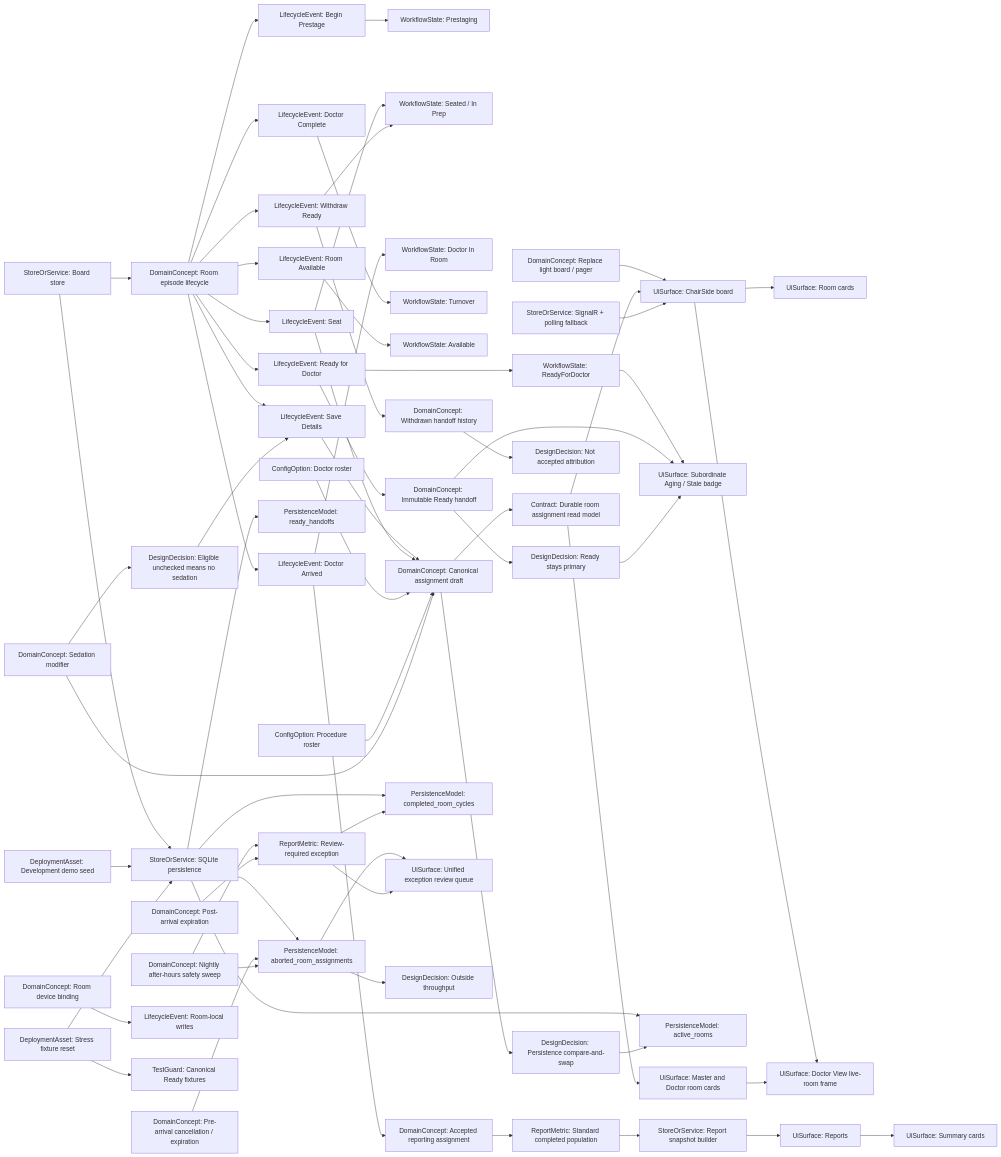
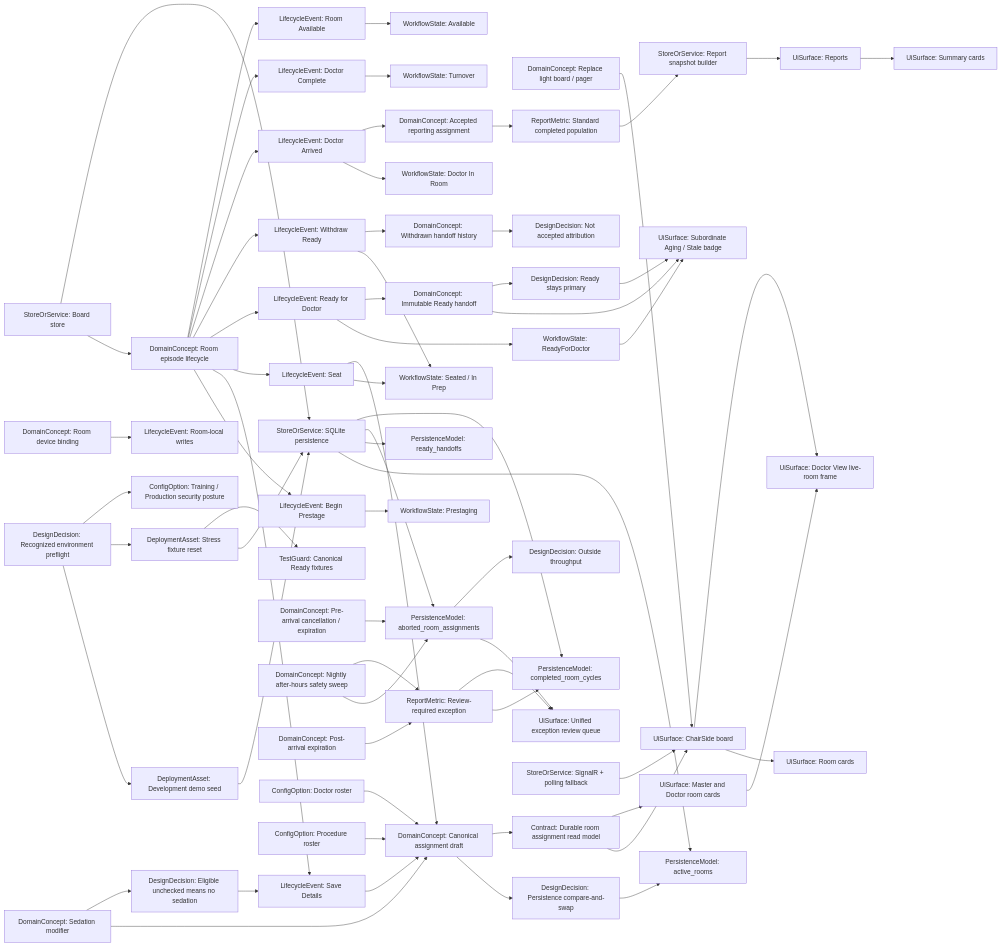
Before and after one commit to binary0rb/ChairSide: the diagram in docs/knowledge-graph/chairside.graph.md, drawn with Mermaid. The commit also changed other lines of this file and 16 other files, not shown here.

Commit message:
Fail closed on unknown environments and Production maintenance (#145)

````diff
--- a/docs/knowledge-graph/chairside.graph.md
+++ b/docs/knowledge-graph/chairside.graph.md
@@ -7,73 +7,76 @@
 ```mermaid
 flowchart LR
     LightBoardReplacement["DomainConcept: Replace light board / pager"] --> BoardUi["UiSurface: ChairSide board"]
     BoardUi --> RoomCards["UiSurface: Room cards"]
     BoardUi --> DoctorView["UiSurface: Doctor read-only view"]
 
     RoomLifecycle["DomainConcept: Room episode lifecycle"] --> BeginPrestage["LifecycleEvent: Begin Prestage"]
     RoomLifecycle --> SaveDetails["LifecycleEvent: Save Details"]
     RoomLifecycle --> Seat["LifecycleEvent: Seat"]
     RoomLifecycle --> Ready["LifecycleEvent: Ready for Doctor"]
     RoomLifecycle --> Withdraw["LifecycleEvent: Withdraw Ready"]
     RoomLifecycle --> DoctorArrived["LifecycleEvent: Doctor Arrived"]
     RoomLifecycle --> DoctorComplete["LifecycleEvent: Doctor Complete"]
     RoomLifecycle --> RoomAvailable["LifecycleEvent: Room Available"]
 
     BeginPrestage --> Prestaging["WorkflowState: Prestaging"]
     Seat --> Seated["WorkflowState: Seated / In Prep"]
     Ready --> ReadyState["WorkflowState: ReadyForDoctor"]
     ReadyState --> ReadyUrgency["DomainConcept: Ready urgency None / Aging / Stale"]
     Withdraw --> Seated
     DoctorArrived --> InRoom["WorkflowState: Doctor In Room"]
     DoctorComplete --> Turnover["WorkflowState: Turnover"]
     RoomAvailable --> Available["WorkflowState: Available"]
 
     SaveDetails --> CanonicalAssignment["DomainConcept: Canonical assignment draft"]
     Seat --> CanonicalAssignment
     CanonicalAssignment --> CasGuard["DesignDecision: Persistence compare-and-swap"]
     Ready --> ReadyHandoff["DomainConcept: Immutable Ready handoff"]
     ReadyHandoff --> ReadyUrgency
     Withdraw --> WithdrawnHandoff["DomainConcept: Withdrawn handoff history"]
     DoctorArrived --> AcceptedHandoff["DomainConcept: Accepted reporting assignment"]
 
     BoardStore["StoreOrService: Board store"] --> RoomLifecycle
     BoardStore --> Persistence["StoreOrService: SQLite persistence"]
     Persistence --> ActiveRooms["PersistenceModel: active_rooms"]
     Persistence --> Handoffs["PersistenceModel: ready_handoffs"]
     Persistence --> Aborts["PersistenceModel: aborted_room_assignments"]
     Persistence --> Cycles["PersistenceModel: completed_room_cycles"]
     CasGuard --> ActiveRooms
 
     PreArrivalTermination["DomainConcept: Pre-arrival cancellation / expiration"] --> Aborts
     AfterHoursSweep["DomainConcept: Nightly after-hours safety sweep"] --> Aborts
     AfterHoursSweep --> ReviewException
     PostArrivalExpiration["DomainConcept: Post-arrival expiration"] --> ReviewException["ReportMetric: Review-required exception"]
     ReviewException --> Cycles
     Aborts --> UnifiedReview["UiSurface: Unified exception review queue"]
     ReviewException --> UnifiedReview
 
     Reports["UiSurface: Reports"] --> SummaryCards["UiSurface: Summary cards"]
     ReportsBuilder["StoreOrService: Report snapshot builder"] --> Reports
     AcceptedHandoff --> StandardPopulation["ReportMetric: Standard completed population"]
     StandardPopulation --> ReportsBuilder
     WithdrawnHandoff --> AuditOnly["DesignDecision: Not accepted attribution"]
     Aborts --> OutsideThroughput["DesignDecision: Outside throughput"]
 
     DoctorRoster["ConfigOption: Doctor roster"] --> CanonicalAssignment
     ProcedureRoster["ConfigOption: Procedure roster"] --> CanonicalAssignment
     SedationModifier["DomainConcept: Sedation modifier"] --> CanonicalAssignment
     SedationModifier --> OptionalSedation["DesignDecision: Eligible unchecked means no sedation"]
     OptionalSedation --> SaveDetails
     CanonicalAssignment --> RoomReadModel["Contract: Durable room assignment read model"]
     RoomReadModel --> BoardUi
     RoomReadModel --> SharedRoomCards["UiSurface: Master and Doctor room cards"]
     ReadyHandoff --> ReadyPrimary["DesignDecision: Ready stays primary"]
     ReadyPrimary --> ReadyUrgency["UiSurface: Subordinate Aging / Stale badge"]
     SharedRoomCards --> DoctorView["UiSurface: Doctor View live-room frame"]
     DeviceBinding["DomainConcept: Room device binding"] --> Mutations["LifecycleEvent: Room-local writes"]
     Realtime["StoreOrService: SignalR + polling fallback"] --> BoardUi
 
     DevelopmentSeed["DeploymentAsset: Development demo seed"] --> Persistence
+    EnvironmentPolicy["DesignDecision: Recognized environment preflight"] --> DevelopmentSeed
+    EnvironmentPolicy --> MaintenanceReset
+    EnvironmentPolicy --> DeployedSecurity["ConfigOption: Training / Production security posture"]
     MaintenanceReset["DeploymentAsset: Stress fixture reset"] --> Persistence
     MaintenanceReset --> CanonicalFixtures["TestGuard: Canonical Ready fixtures"]
 ```
````
